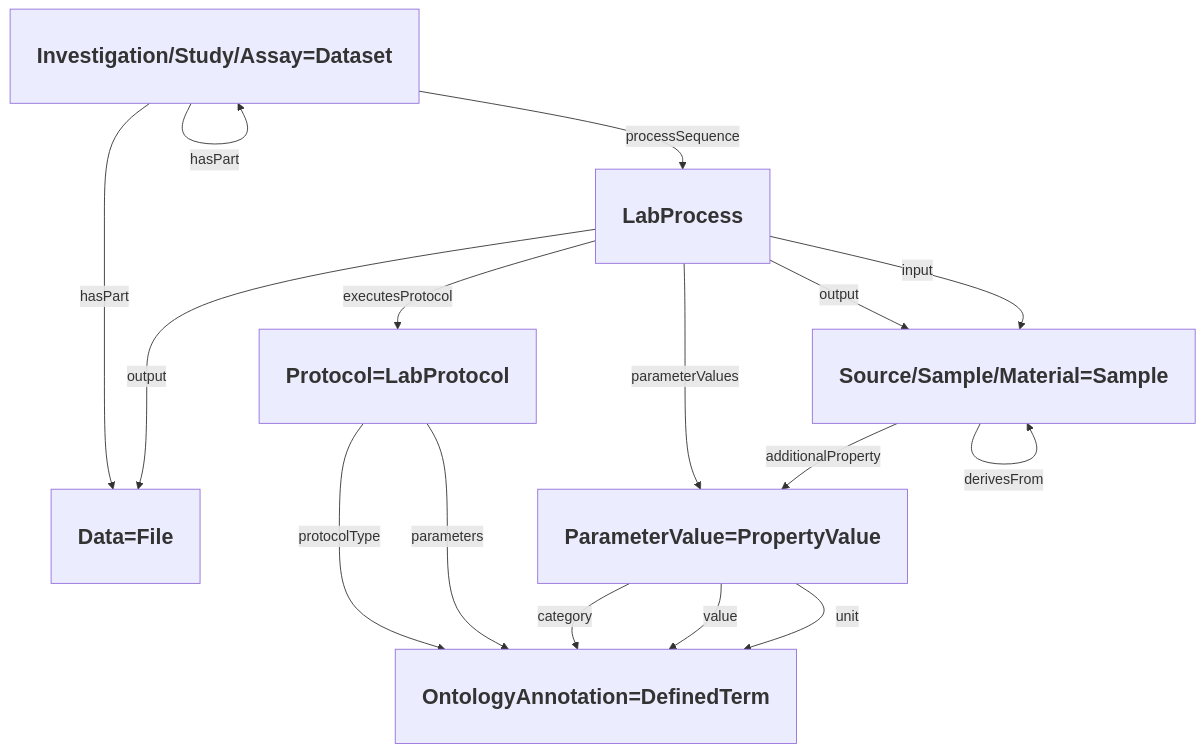
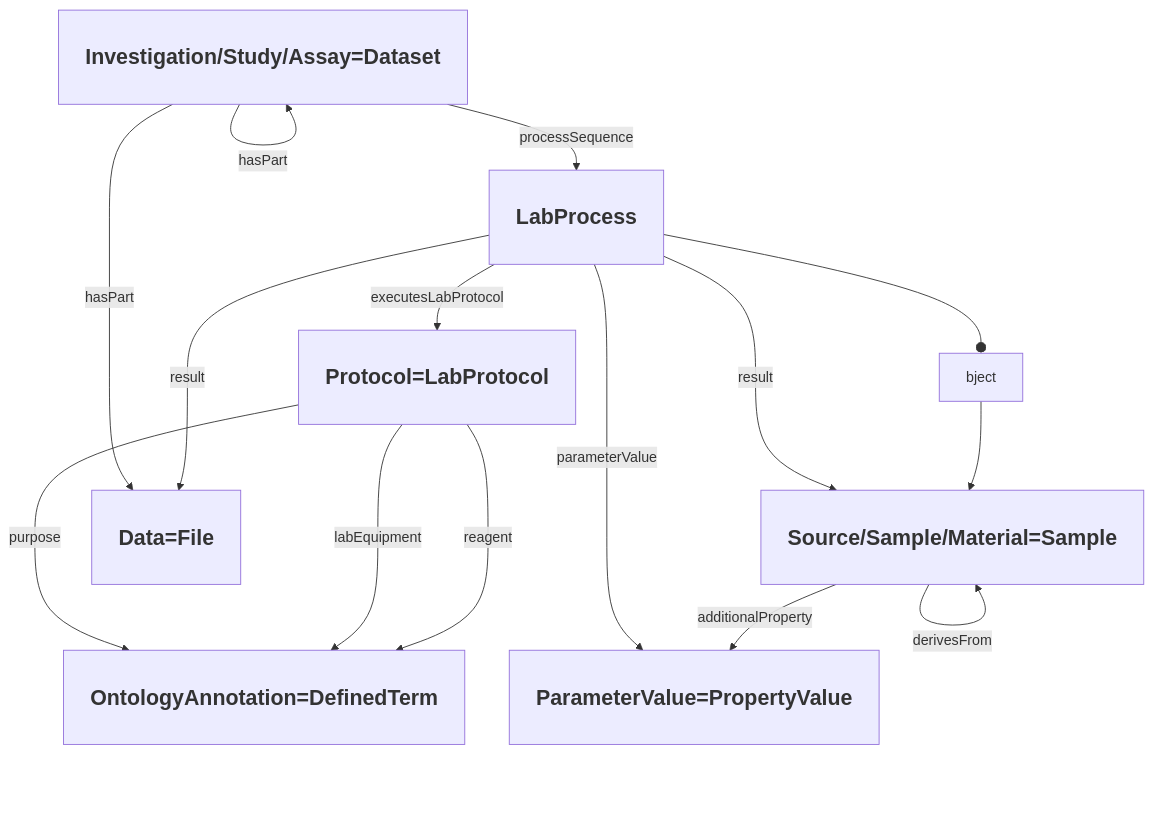
Before and after one commit to nfdi4plants/isa-ro-crate-profile: the diagram in profile/0.1/isa_ro_crate.md, drawn with Mermaid.

Commit message:
updated the diagram edges labels

````diff
--- a/profile/0.1/isa_ro_crate.md
+++ b/profile/0.1/isa_ro_crate.md
@@ -35,38 +35,35 @@
 ```mermaid
 flowchart TD
 
 dataset[<h2>Investigation/Study/Assay=Dataset</h2>]
 
 Process[<h2>LabProcess</h2>]
 
 Protocol[<h2>Protocol=LabProtocol</h2>]
 
 BioSample[<h2>Source/Sample/Material=Sample</h2>]
 
 DataFile[<h2>Data=File</h2>]
 
 ont[<h2>OntologyAnnotation=DefinedTerm</h2>]
 
 prop[<h2>ParameterValue=PropertyValue</h2>]
 
 dataset --hasPart--> dataset
 dataset --hasPart----> DataFile
 dataset --processSequence--> Process
 
-Process --"output"---> DataFile
-Process --"output"--> BioSample
-Process --input--> BioSample
-Process --executesProtocol--> Protocol
-Process --parameterValues---> prop
+Process --"result"---> DataFile
+Process --"result"--> BioSample
+Process --object--> BioSample
+Process --executesLabProtocol--> Protocol
+Process --parameterValue---> prop
 
 BioSample --derivesFrom--> BioSample
 BioSample --additionalProperty--> prop
 
-Protocol --protocolType---> ont
-Protocol --parameters---> ont
-
-prop --category--> ont
-prop --value--> ont
-prop --unit--> ont
+Protocol --purpose---> ont
+Protocol --labEquipment---> ont
+Protocol --reagent---> ont
 
 ```
````
